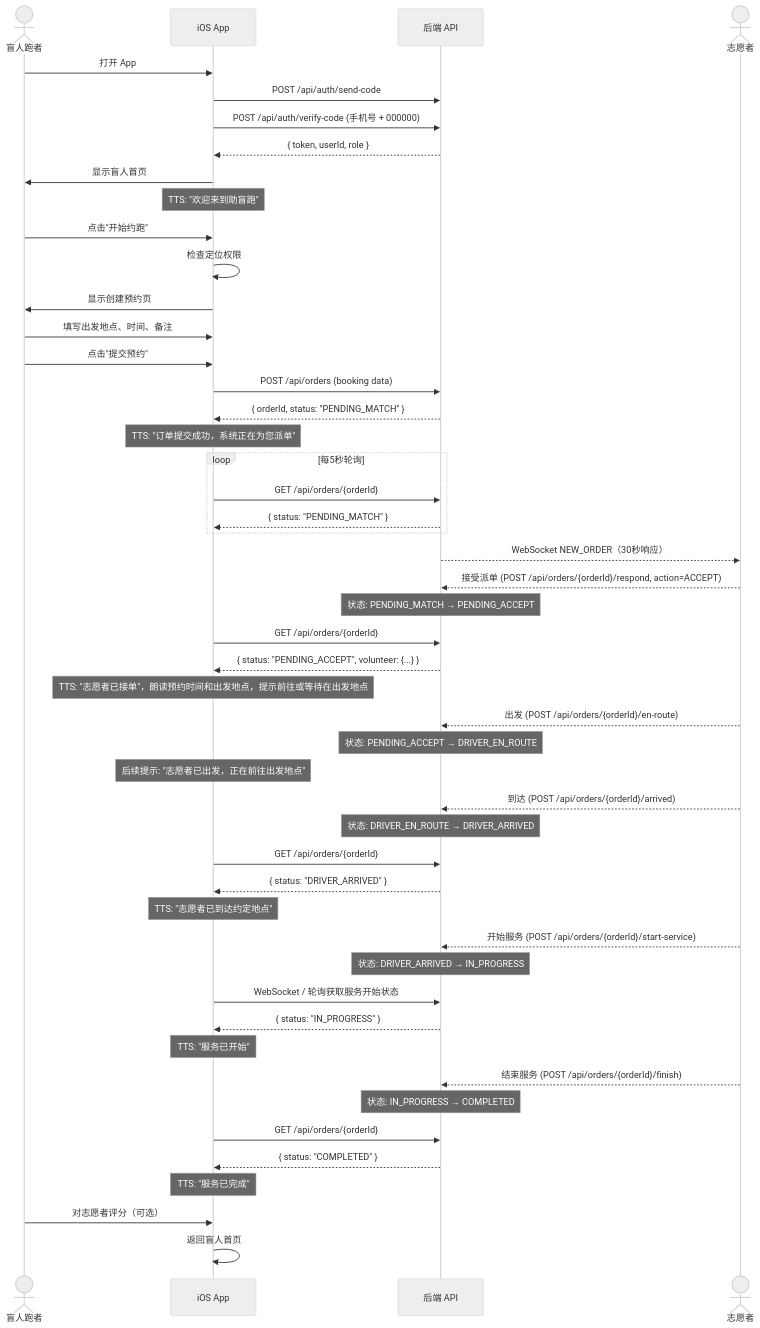
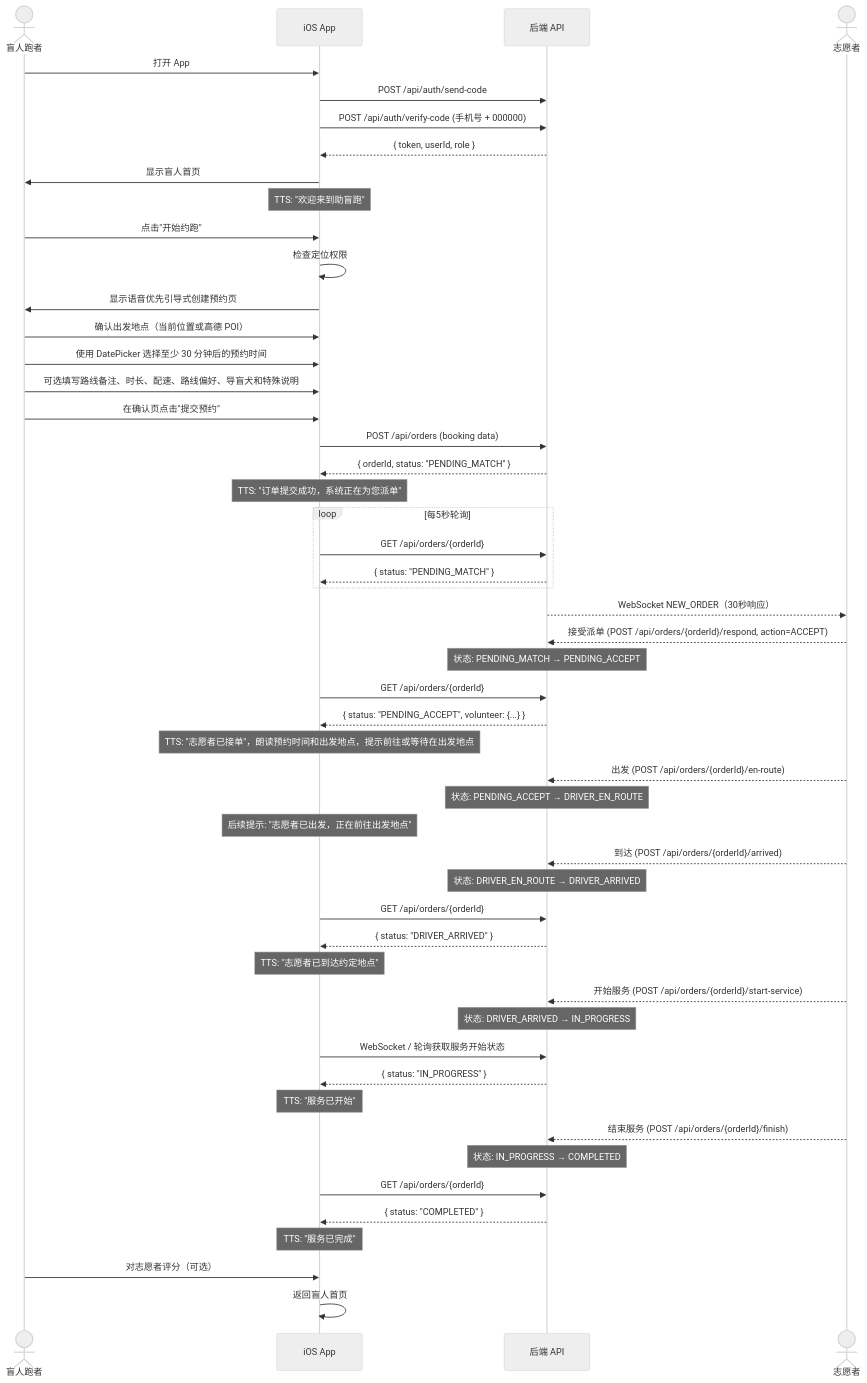
Before and after one commit to Jayden23018/blind-run-ios: the third of 7 diagrams in docs/04-user-flows-and-state-machine.md, drawn with Mermaid (neutral theme). The commit also changed other lines of this file and 25 other files, not shown here.

Commit message:
Refine iOS cloud integration and order flow handling

````diff
--- a/docs/04-user-flows-and-state-machine.md
+++ b/docs/04-user-flows-and-state-machine.md
@@ -122,64 +122,66 @@
 ```mermaid
 sequenceDiagram
     actor BR as 盲人跑者
     participant App as iOS App
     participant API as 后端 API
     actor VOL as 志愿者
 
     BR->>App: 打开 App
     App->>API: POST /api/auth/send-code
     App->>API: POST /api/auth/verify-code (手机号 + 000000)
     API-->>App: { token, userId, role }
     App->>BR: 显示盲人首页
     Note over App: TTS: "欢迎来到助盲跑"
 
     BR->>App: 点击"开始约跑"
     App->>App: 检查定位权限
-    App->>BR: 显示创建预约页
+    App->>BR: 显示语音优先引导式创建预约页
 
-    BR->>App: 填写出发地点、时间、备注
-    BR->>App: 点击"提交预约"
+    BR->>App: 确认出发地点（当前位置或高德 POI）
+    BR->>App: 使用 DatePicker 选择至少 30 分钟后的预约时间
+    BR->>App: 可选填写路线备注、时长、配速、路线偏好、导盲犬和特殊说明
+    BR->>App: 在确认页点击"提交预约"
     App->>API: POST /api/orders (booking data)
     API-->>App: { orderId, status: "PENDING_MATCH" }
     Note over App: TTS: "订单提交成功，系统正在为您派单"
 
     loop 每5秒轮询
         App->>API: GET /api/orders/{orderId}
         API-->>App: { status: "PENDING_MATCH" }
     end
 
     API-->>VOL: WebSocket NEW_ORDER（30秒响应）
     VOL-->>API: 接受派单 (POST /api/orders/{orderId}/respond, action=ACCEPT)
     Note over API: 状态: PENDING_MATCH → PENDING_ACCEPT
 
     App->>API: GET /api/orders/{orderId}
     API-->>App: { status: "PENDING_ACCEPT", volunteer: {...} }
     Note over App: TTS: "志愿者已接单"，朗读预约时间和出发地点，提示前往或等待在出发地点
 
     VOL-->>API: 出发 (POST /api/orders/{orderId}/en-route)
     Note over API: 状态: PENDING_ACCEPT → DRIVER_EN_ROUTE
     Note over App: 后续提示: "志愿者已出发，正在前往出发地点"
 
     VOL-->>API: 到达 (POST /api/orders/{orderId}/arrived)
     Note over API: 状态: DRIVER_EN_ROUTE → DRIVER_ARRIVED
 
     App->>API: GET /api/orders/{orderId}
     API-->>App: { status: "DRIVER_ARRIVED" }
     Note over App: TTS: "志愿者已到达约定地点"
 
     VOL-->>API: 开始服务 (POST /api/orders/{orderId}/start-service)
     Note over API: 状态: DRIVER_ARRIVED → IN_PROGRESS
     App->>API: WebSocket / 轮询获取服务开始状态
     API-->>App: { status: "IN_PROGRESS" }
     Note over App: TTS: "服务已开始"
 
     VOL-->>API: 结束服务 (POST /api/orders/{orderId}/finish)
     Note over API: 状态: IN_PROGRESS → COMPLETED
 
     App->>API: GET /api/orders/{orderId}
     API-->>App: { status: "COMPLETED" }
     Note over App: TTS: "服务已完成"
 
     BR->>App: 对志愿者评分（可选）
     App->>App: 返回盲人首页
 ```
````
